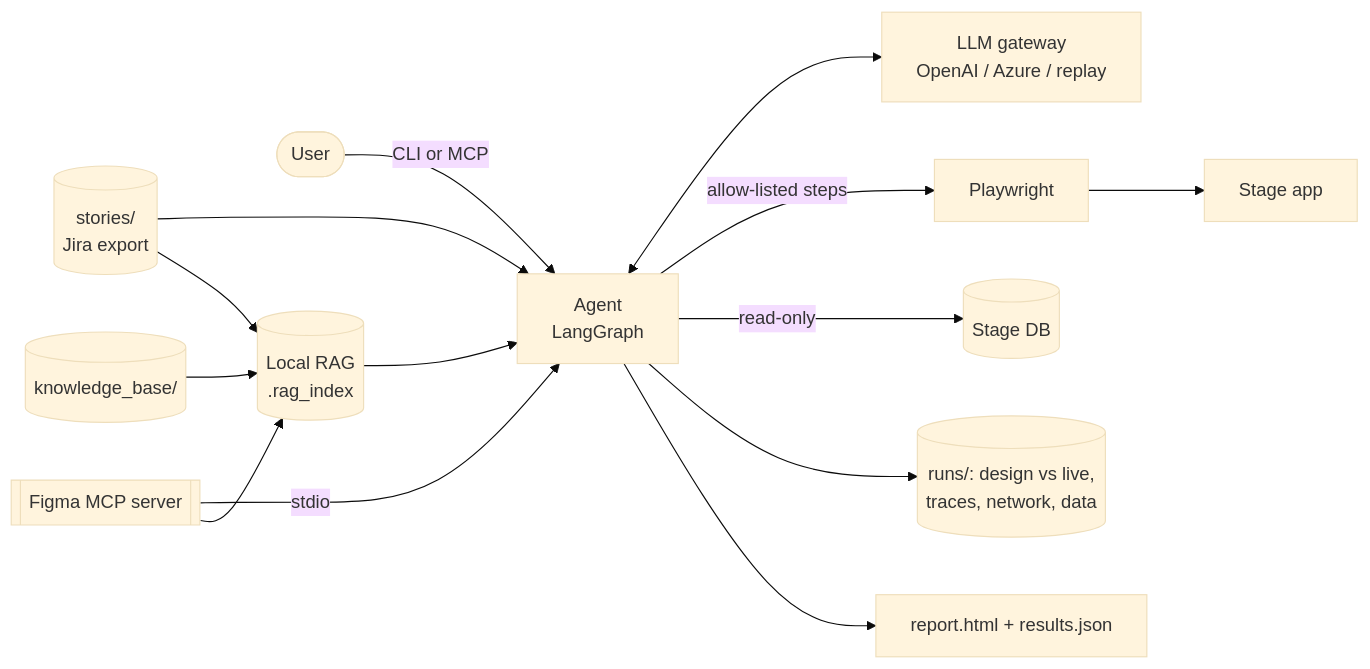
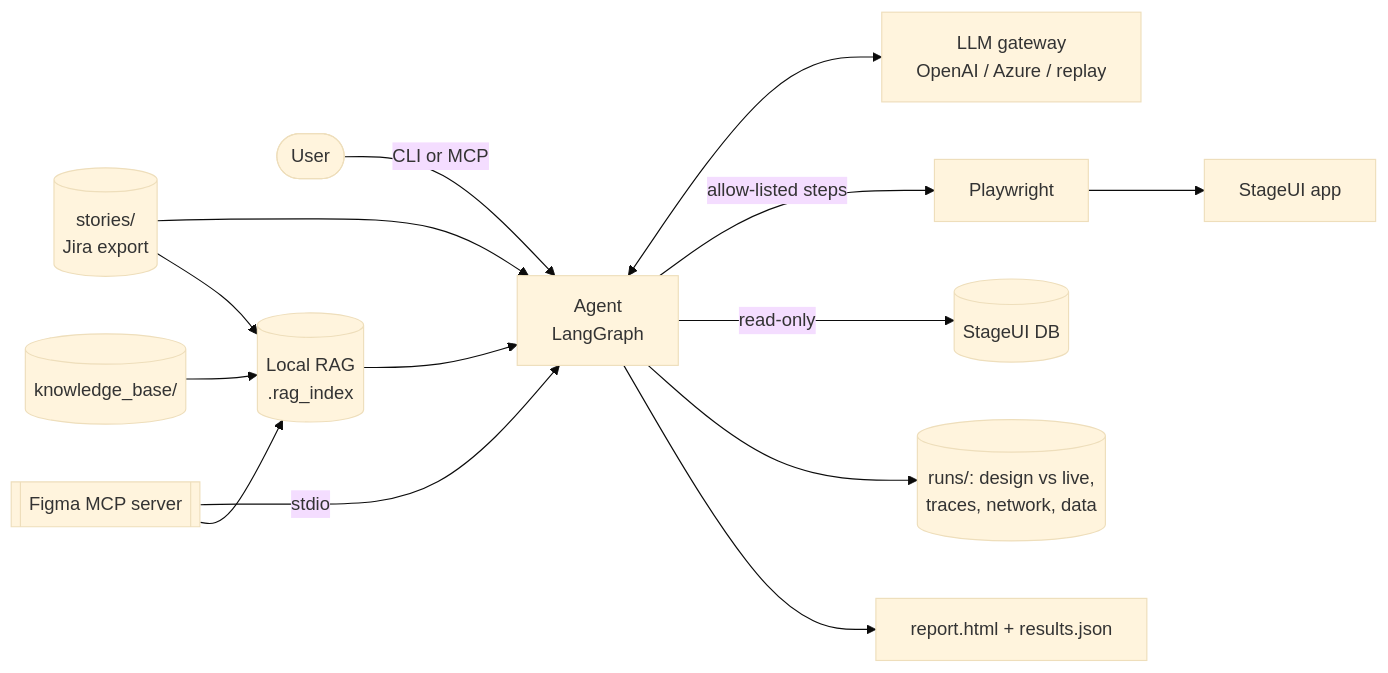
One commit to vivekk1010/PRUX-assurance-agent changed the diagram in README.md. Above: the diagram before and after it, drawn with Mermaid (base theme). The commit also changed other lines of this file and 40 other files, not shown here.

Commit message:
Rename stage_app to stageui_app and Stage to StageUI; normalize LLM scenario plans

````diff
--- a/README.md
+++ b/README.md
@@ -114,15 +114,15 @@
 ```mermaid
 flowchart LR
     U([User]) -->|CLI or MCP| A[Agent<br/>LangGraph]
     J[(stories/<br/>Jira export)] --> A
     F[[Figma MCP server]] -->|stdio| A
     K[(knowledge_base/)] --> R[(Local RAG<br/>.rag_index)]
     J --> R
     F --> R
     R --> A
     A <--> L[LLM gateway<br/>OpenAI / Azure / replay]
-    A -->|allow-listed steps| P[Playwright] --> S[Stage app]
-    A -->|read-only| D[(Stage DB)]
+    A -->|allow-listed steps| P[Playwright] --> S[StageUI app]
+    A -->|read-only| D[(StageUI DB)]
     A --> E[(runs/: design vs live,<br/>traces, network, data)]
     A --> O[report.html + results.json]
 ```
````
